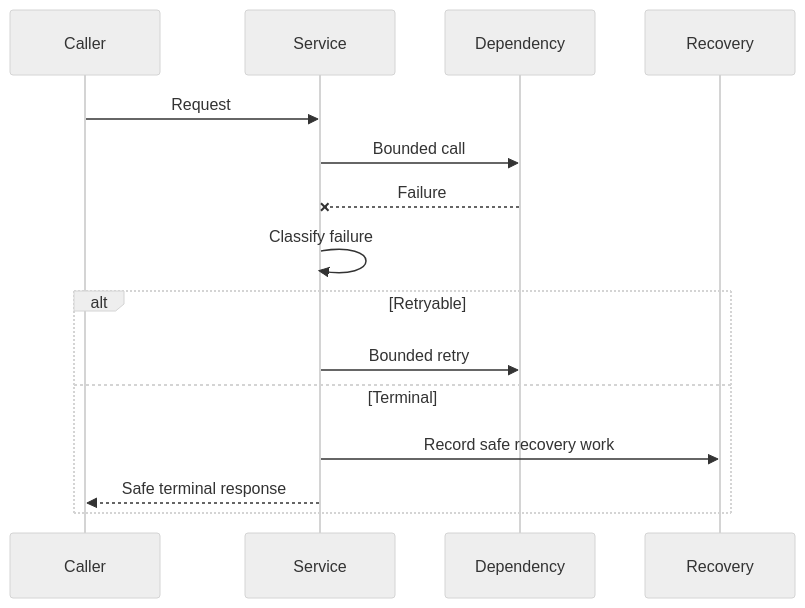
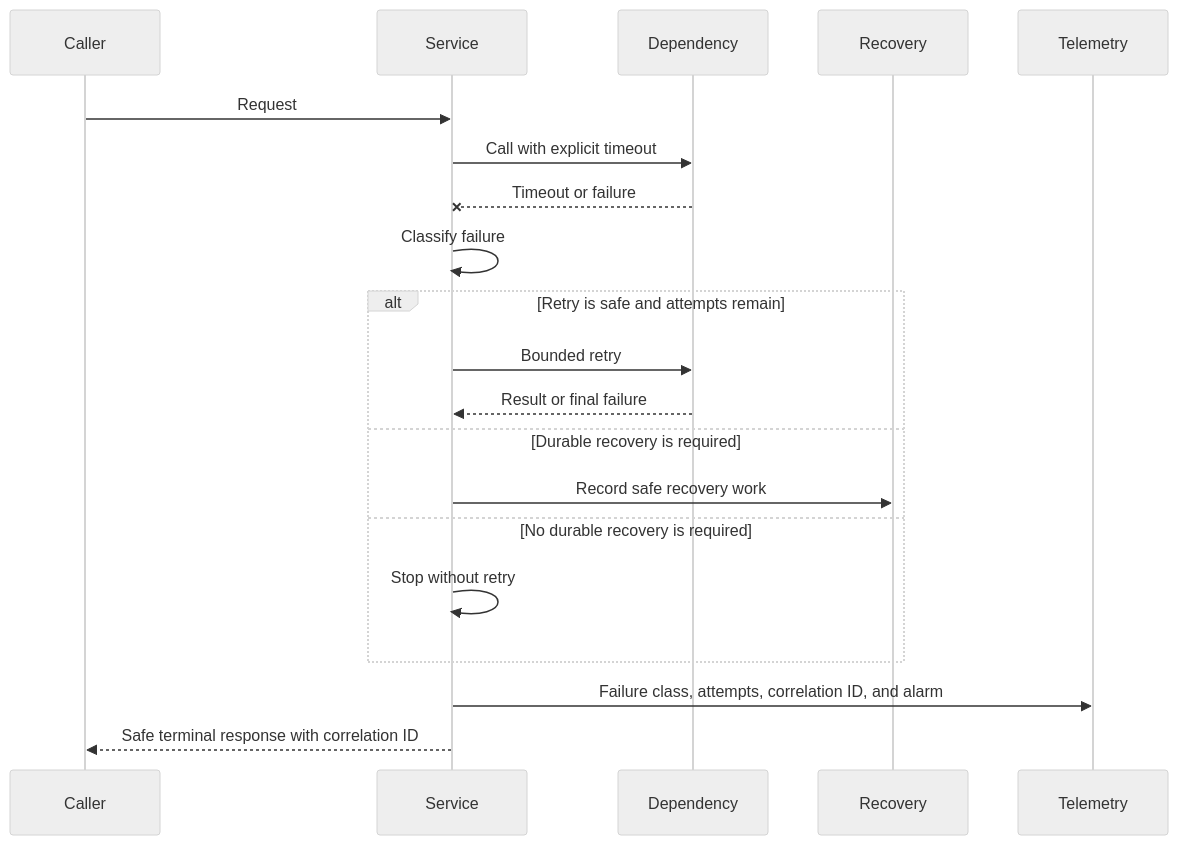
The fifth of 5 diagrams in docs/project/PRD.md (Levi-Breedlove/aws-bootstrap), drawn with Mermaid (neutral theme) before and after one commit. The commit also changed other lines of this file and 25 other files, not shown here.

````diff
--- a/docs/project/PRD.md
+++ b/docs/project/PRD.md
@@ -590,18 +682,23 @@
 ```mermaid
 sequenceDiagram
     participant Caller
     participant Service
     participant Dependency
     participant Recovery
+    participant Telemetry
 
     Caller->>Service: Request
-    Service->>Dependency: Bounded call
-    Dependency--xService: Failure
+    Service->>Dependency: Call with explicit timeout
+    Dependency--xService: Timeout or failure
     Service->>Service: Classify failure
-    alt Retryable
+    alt Retry is safe and attempts remain
         Service->>Dependency: Bounded retry
-    else Terminal
+        Dependency-->>Service: Result or final failure
+    else Durable recovery is required
         Service->>Recovery: Record safe recovery work
-        Service-->>Caller: Safe terminal response
+    else No durable recovery is required
+        Service->>Service: Stop without retry
     end
+    Service->>Telemetry: Failure class, attempts, correlation ID, and alarm
+    Service-->>Caller: Safe terminal response with correlation ID
 ```
````
